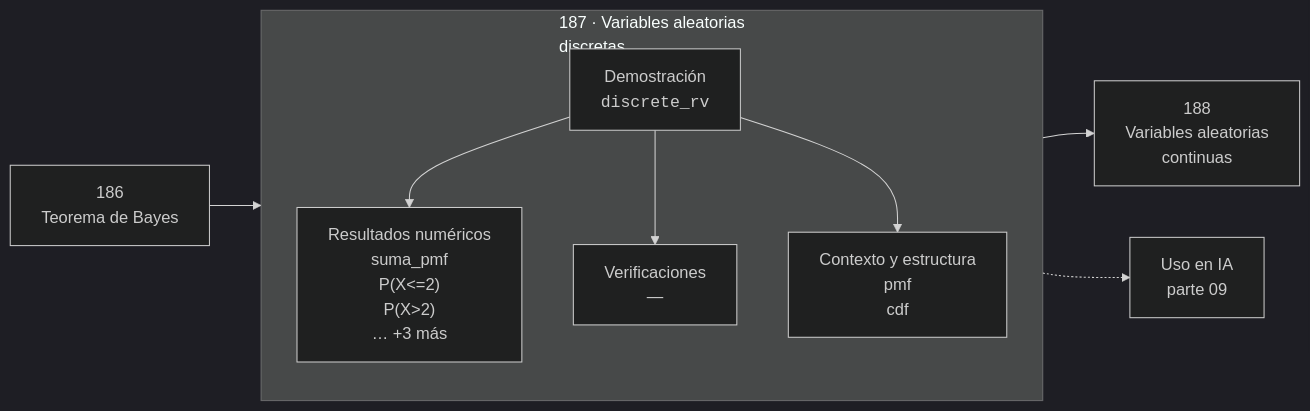
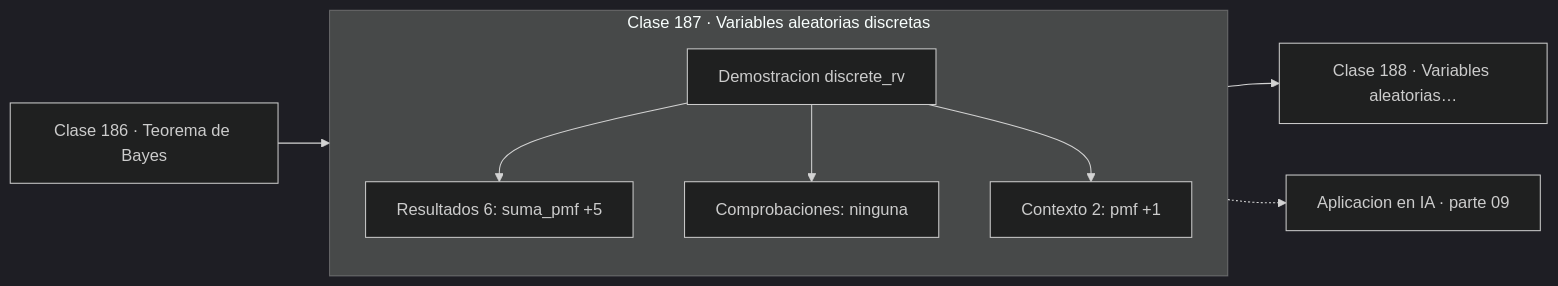
One commit to vladimiracunadev-create/computational-mathematics-program changed the diagram in classes/part-09-probabilidad-y-procesos-aleatorios/187-variables-aleatorias-discretas/README.md. Above: the diagram before and after it, drawn with Mermaid (dark theme). The commit also changed 389 other files, not shown here.

First line of the commit message:
fix(diagramas): elimina el HTML de las etiquetas Mermaid

````diff
--- a/classes/part-09-probabilidad-y-procesos-aleatorios/187-variables-aleatorias-discretas/README.md
+++ b/classes/part-09-probabilidad-y-procesos-aleatorios/187-variables-aleatorias-discretas/README.md
@@ -30,12 +30,13 @@
 ```mermaid
 flowchart LR
-    P["186<br/>Teorema de Bayes"] --> C
-    subgraph C["187 · Variables aleatorias<br/>discretas"]
+    P["Clase 186 · Teorema de Bayes"] --> D
+    subgraph CLASE["Clase 187 · Variables aleatorias discretas"]
         direction TB
-        D["Demostración<br/><code>discrete_rv</code>"] --> R["Resultados numéricos<br/>suma_pmf<br/>P(X<=2)<br/>P(X>2)<br/>… +3 más"]
-        D --> V["Verificaciones<br/>—"]
-        D --> O["Contexto y estructura<br/>pmf<br/>cdf"]
+        D["Demostracion discrete_rv"]
+        D --> R["Resultados 6: suma_pmf +5"]
+        D --> V["Comprobaciones: ninguna"]
+        D --> O["Contexto 2: pmf +1"]
     end
-    C --> N["188<br/>Variables aleatorias<br/>continuas"]
-    C -.-> IA["Uso en IA<br/>parte 09"]
+    R --> N["Clase 188 · Variables aleatorias…"]
+    V -.-> IA["Aplicacion en IA · parte 09"]
 ```
````
